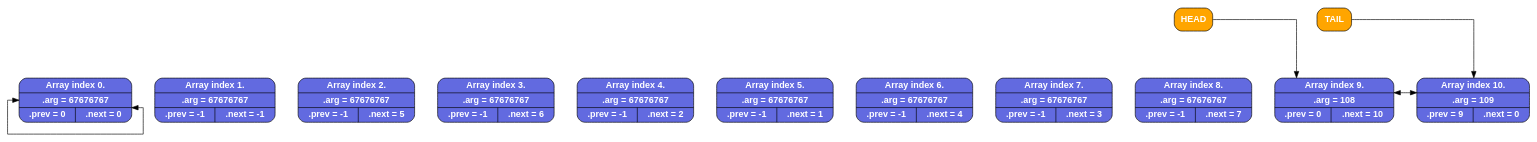
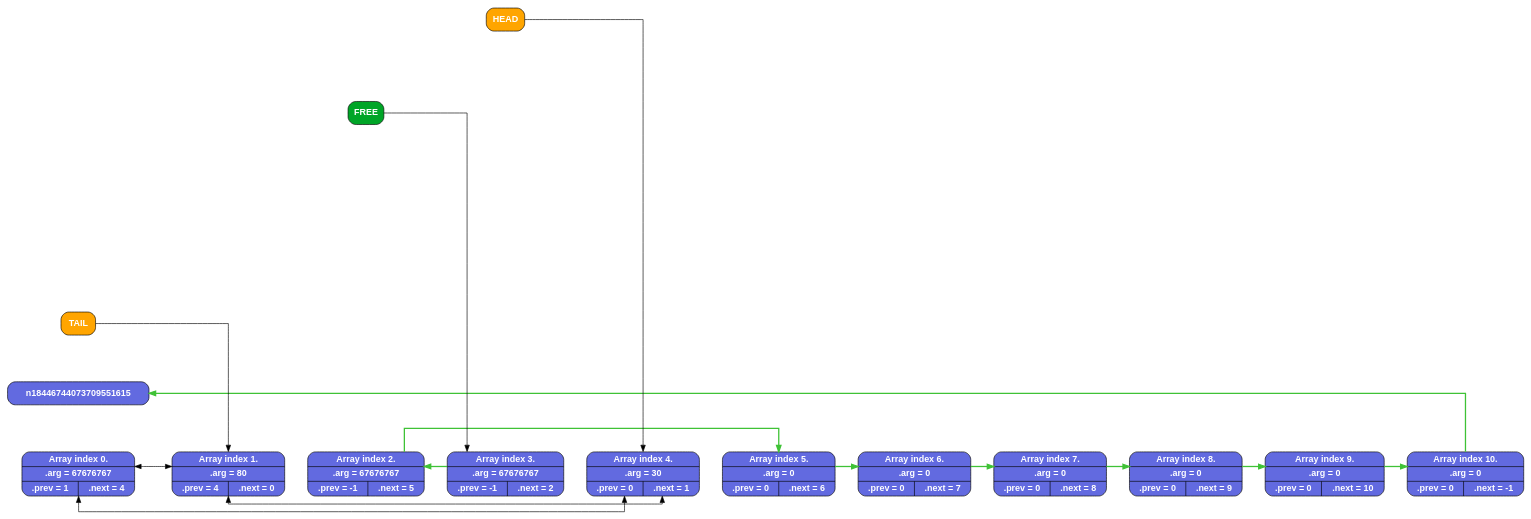
The diagram in DL_list.gv (tikuznezov/Double_link_list), drawn with Graphviz before and after one commit. The commit also changed 5 other files, not shown here.

Commit message:
correct links in GV, fix index in head, tail

```diff
--- a/DL_list.gv
+++ b/DL_list.gv
@@ -1,29 +1,31 @@
 
 
-digraph 287 {
-rankdir=LR; splines=ortho; nodesep = 1; bgcolor="#FFFFFF";node [shape = Mrecord, style = filled, fillcolor = "#626ae0", fontcolor = "#ffffff", fontname="Helvetica-Bold"];n0     [label="Array index     0.| .arg = 67676767 |{ .prev =     0 | .next =     0}"];
-n1     [label="Array index     1.| .arg = 67676767 |{ .prev =    -1 | .next =    -1}"];
+digraph 317 {
+rankdir=LR; splines=ortho; nodesep = 1; bgcolor="#FFFFFF";node [shape = Mrecord, style = filled, fillcolor = "#626ae0", fontcolor = "#ffffff", fontname="Helvetica-Bold"];n0     [label="Array index     0.| .arg = 67676767 |{ .prev =     1 | .next =     4}"];
+n1     [label="Array index     1.| .arg =       80 |{ .prev =     4 | .next =     0}"];
 n2     [label="Array index     2.| .arg = 67676767 |{ .prev =    -1 | .next =     5}"];
-n3     [label="Array index     3.| .arg = 67676767 |{ .prev =    -1 | .next =     6}"];
-n4     [label="Array index     4.| .arg = 67676767 |{ .prev =    -1 | .next =     2}"];
-n5     [label="Array index     5.| .arg = 67676767 |{ .prev =    -1 | .next =     1}"];
-n6     [label="Array index     6.| .arg = 67676767 |{ .prev =    -1 | .next =     4}"];
-n7     [label="Array index     7.| .arg = 67676767 |{ .prev =    -1 | .next =     3}"];
-n8     [label="Array index     8.| .arg = 67676767 |{ .prev =    -1 | .next =     7}"];
-n9     [label="Array index     9.| .arg =      108 |{ .prev =     0 | .next =    10}"];
-n10    [label="Array index    10.| .arg =      109 |{ .prev =     9 | .next =     0}"];
+n3     [label="Array index     3.| .arg = 67676767 |{ .prev =    -1 | .next =     2}"];
+n4     [label="Array index     4.| .arg =       30 |{ .prev =     0 | .next =     1}"];
+n5     [label="Array index     5.| .arg =        0 |{ .prev =     0 | .next =     6}"];
+n6     [label="Array index     6.| .arg =        0 |{ .prev =     0 | .next =     7}"];
+n7     [label="Array index     7.| .arg =        0 |{ .prev =     0 | .next =     8}"];
+n8     [label="Array index     8.| .arg =        0 |{ .prev =     0 | .next =     9}"];
+n9     [label="Array index     9.| .arg =        0 |{ .prev =     0 | .next =    10}"];
+n10    [label="Array index    10.| .arg =        0 |{ .prev =     0 | .next =    -1}"];
 n0 -> n1 [style=invis, weight=100];
 n1 -> n2 [style=invis, weight=100];
 n2 -> n3 [style=invis, weight=100];
 n3 -> n4 [style=invis, weight=100];
 n4 -> n5 [style=invis, weight=100];
 n5 -> n6 [style=invis, weight=100];
 n6 -> n7 [style=invis, weight=100];
 n7 -> n8 [style=invis, weight=100];
 n8 -> n9 [style=invis, weight=100];
 n9 -> n10 [style=invis, weight=100];
-n9 -> n10 [constraint=false, dir=both];n0 -> n0 [constraint=false, dir=both];head [label = "HEAD", fillcolor = orange];
+n4 -> n1 [constraint=false, dir=both];n1 -> n0 [constraint=false, dir=both];n0 -> n4 [constraint=false, dir=both];n3 -> n2 [constraint=false, color = "#3fc236", style = bold];n2 -> n5 [constraint=false, color = "#3fc236", style = bold];n5 -> n6 [constraint=false, color = "#3fc236", style = bold];n6 -> n7 [constraint=false, color = "#3fc236", style = bold];n7 -> n8 [constraint=false, color = "#3fc236", style = bold];n8 -> n9 [constraint=false, color = "#3fc236", style = bold];n9 -> n10 [constraint=false, color = "#3fc236", style = bold];n10 -> n18446744073709551615 [constraint=false, color = "#3fc236", style = bold];free [label = "FREE", fillcolor = "#00a527"];
+free:e -> n3:n;
+head [label = "HEAD", fillcolor = orange];
 tail [label = "TAIL", fillcolor = orange];
-head:e -> n9:n;
-tail:e -> n10:n;
+head:e -> n4:n;
+tail:e -> n1:n;
 }
```
